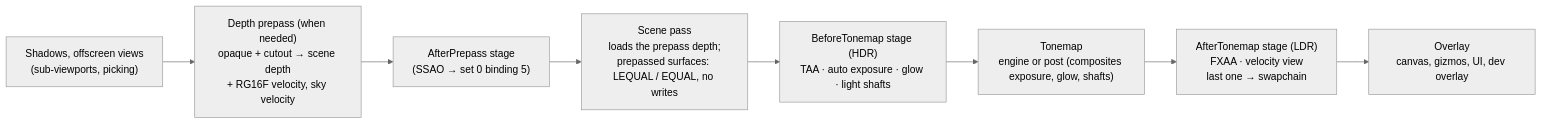
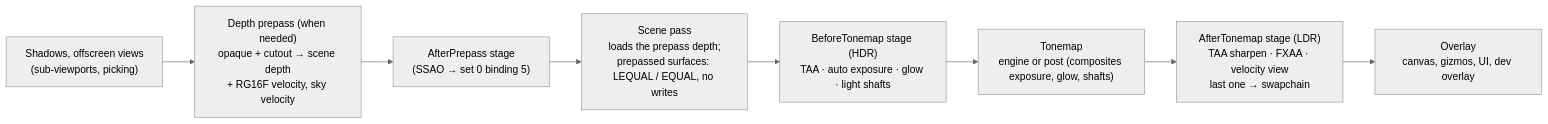
Before and after one commit to Mainframe-Games/mainframe-engine: the diagram in docs/design/post-processing.md, drawn with Mermaid (neutral theme). The commit also changed other lines of this file and 63 other files, not shown here.

````diff
--- a/docs/design/post-processing.md
+++ b/docs/design/post-processing.md
@@ -13,10 +13,10 @@
 ```mermaid
 flowchart LR
     SH["Shadows, offscreen views<br/>(sub-viewports, picking)"] --> PP["Depth prepass (when needed)<br/>opaque + cutout → scene depth<br/>+ RG16F velocity, sky velocity"]
     PP --> AP["AfterPrepass stage<br/>(SSAO → set 0 binding 5)"]
     AP --> SC["Scene pass<br/>loads the prepass depth;<br/>prepassed surfaces: LEQUAL / EQUAL, no writes"]
     SC --> BT["BeforeTonemap stage (HDR)<br/>TAA · auto exposure · glow · light shafts"]
     BT --> TM["Tonemap<br/>engine or post (composites exposure, glow, shafts)"]
-    TM --> AT["AfterTonemap stage (LDR)<br/>FXAA · velocity view<br/>last one → swapchain"]
+    TM --> AT["AfterTonemap stage (LDR)<br/>TAA sharpen · FXAA · velocity view<br/>last one → swapchain"]
     AT --> OV["Overlay<br/>canvas, gizmos, UI, dev overlay"]
 ```
````
